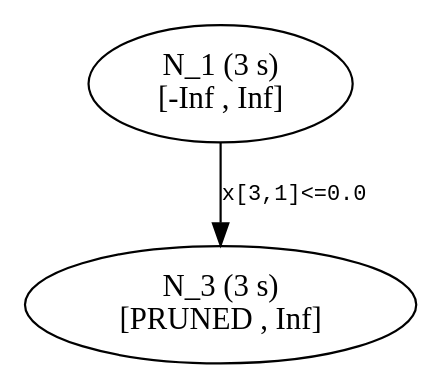
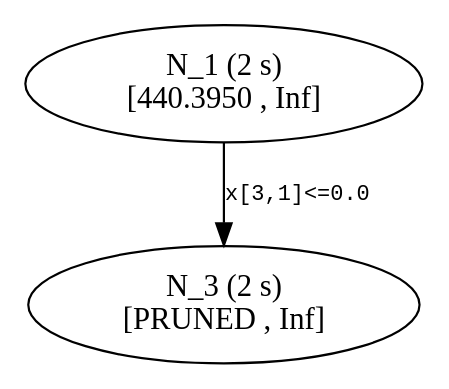
One commit to atoptima/Coluna.jl changed the diagram in dev/start/tree2.dot. Above: the diagram before and after it, drawn with Graphviz. The commit also changed 24 other files, not shown here.

```diff
--- a/dev/start/tree2.dot
+++ b/dev/start/tree2.dot
@@ -1,8 +1,8 @@
 ## dot -Tpdf thisfile > thisfile.pdf 
 
 digraph Branching_Tree {
 	edge[fontname = "Courier", fontsize = 10];
-	n1 [label= "N_1 (3 s) \n[-Inf , Inf]"];
-	n3 [label= "N_3 (3 s) \n[PRUNED , Inf]"];
+	n1 [label= "N_1 (2 s) \n[440.3950 , Inf]"];
+	n3 [label= "N_3 (2 s) \n[PRUNED , Inf]"];
 	n1 -> n3 [label= "x[3,1]<=0.0"];
 }
```
